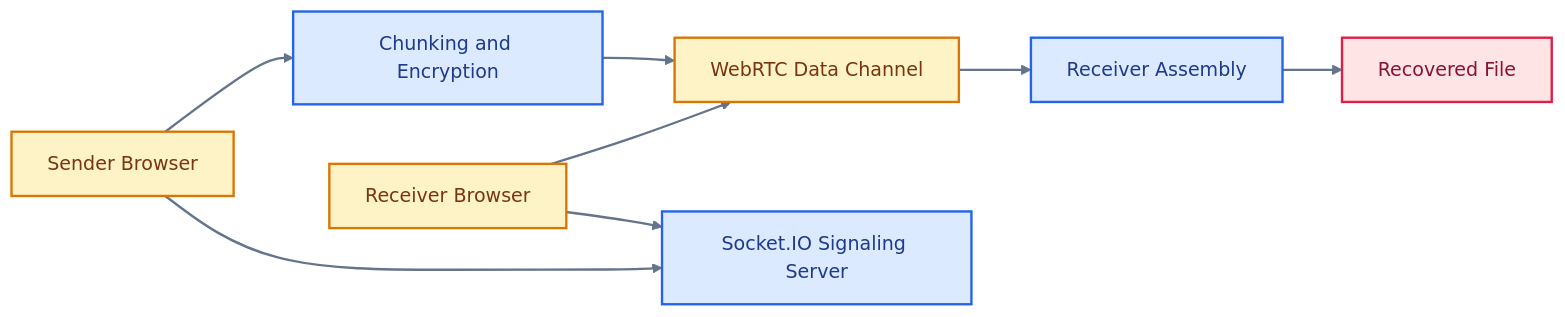
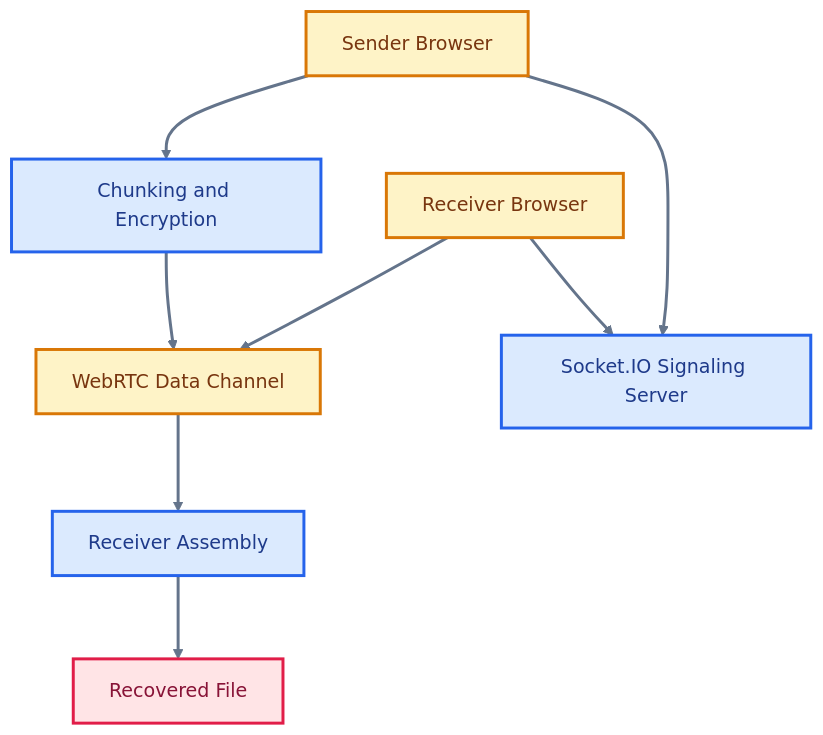
The diagram in README.md (sakshamojha56/wShare), drawn with Mermaid before and after one commit.

Commit message:
Make README architecture diagram vertical

````diff
--- a/README.md
+++ b/README.md
@@ -31,20 +31,21 @@
 ```mermaid
-flowchart LR
+%%{init: {"flowchart": {"nodeSpacing": 55, "rankSpacing": 70, "curve": "basis"}, "themeVariables": {"fontSize": "16px", "fontFamily": "Inter, ui-sans-serif, system-ui, -apple-system, BlinkMacSystemFont, Segoe UI, sans-serif"}}}%%
+flowchart TD
   Sender["Sender Browser"] --> Chunker["Chunking and Encryption"]
   Chunker --> WebRTC["WebRTC Data Channel"]
   Receiver["Receiver Browser"] --> WebRTC
   Sender --> Signaling["Socket.IO Signaling Server"]
   Receiver --> Signaling
   WebRTC --> Assembler["Receiver Assembly"]
   Assembler --> Download["Recovered File"]
 
-  classDef inputs fill:#FEF3C7,stroke:#D97706,color:#78350F,stroke-width:2px;
-  classDef process fill:#DBEAFE,stroke:#2563EB,color:#1E3A8A,stroke-width:2px;
-  classDef data fill:#DCFCE7,stroke:#16A34A,color:#14532D,stroke-width:2px;
-  classDef agent fill:#F3E8FF,stroke:#9333EA,color:#581C87,stroke-width:2px;
-  classDef output fill:#FFE4E6,stroke:#E11D48,color:#881337,stroke-width:2px;
+  classDef inputs fill:#FEF3C7,stroke:#D97706,color:#78350F,stroke-width:2.5px;
+  classDef process fill:#DBEAFE,stroke:#2563EB,color:#1E3A8A,stroke-width:2.5px;
+  classDef data fill:#DCFCE7,stroke:#16A34A,color:#14532D,stroke-width:2.5px;
+  classDef agent fill:#F3E8FF,stroke:#9333EA,color:#581C87,stroke-width:2.5px;
+  classDef output fill:#FFE4E6,stroke:#E11D48,color:#881337,stroke-width:2.5px;
   class Sender,WebRTC,Receiver inputs;
   class Chunker,Signaling,Assembler process;
   class Download output;
-  linkStyle default stroke:#64748B,stroke-width:2px;
+  linkStyle default stroke:#64748B,stroke-width:2.5px;
 ```
````
